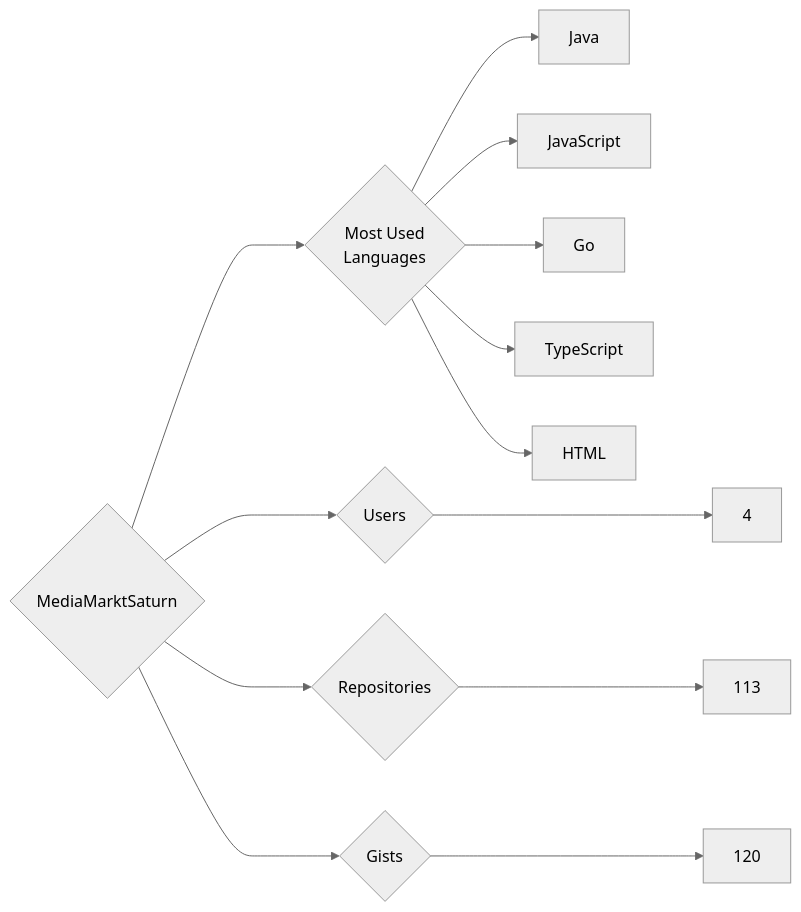
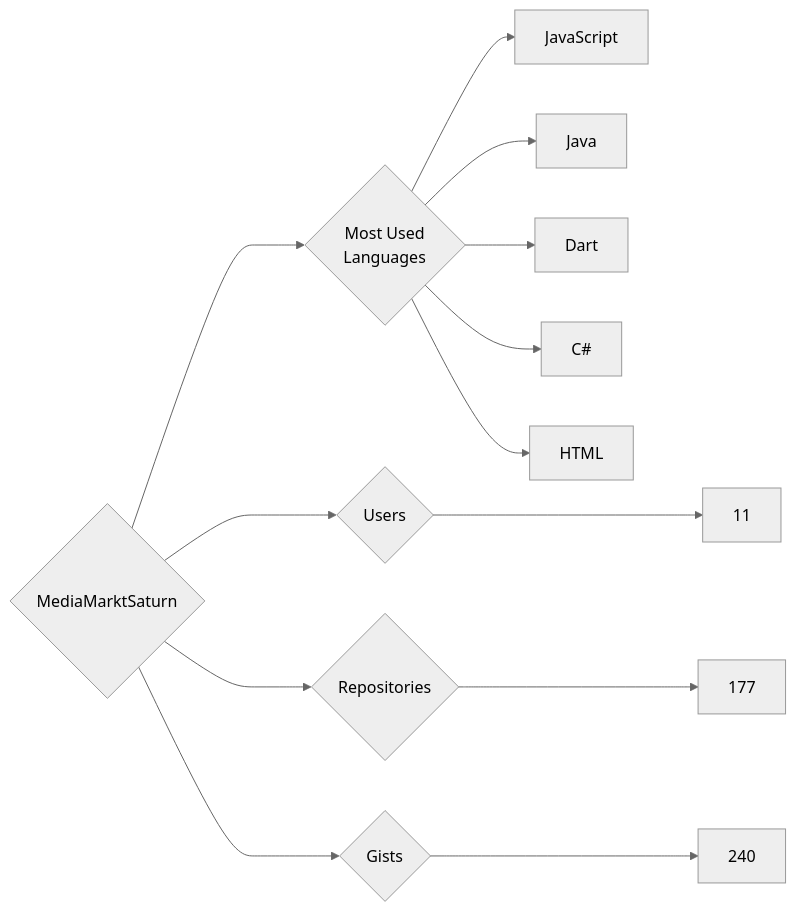
The diagram in targets/MediaMarktSaturn/README.md (trickest/insiders), drawn with Mermaid (neutral theme) before and after one commit. The commit also changed 815 other files, not shown here.

````diff
--- a/targets/MediaMarktSaturn/README.md
+++ b/targets/MediaMarktSaturn/README.md
@@ -3,13 +3,13 @@
 ```mermaid
 graph LR
 COMPANY_NAME{MediaMarktSaturn}
-COMPANY_NAME ---> U{Users} ---> UN[4]
-COMPANY_NAME ---> R{Repositories} ---> RN[113]
-COMPANY_NAME ---> G{Gists} ---> GN[120]
+COMPANY_NAME ---> U{Users} ---> UN[11]
+COMPANY_NAME ---> R{Repositories} ---> RN[177]
+COMPANY_NAME ---> G{Gists} ---> GN[240]
 COMPANY_NAME ---> ML{Most Used<br>Languages}
+ML --> JavaScript[JavaScript]
 ML --> Java[Java]
-ML --> JavaScript[JavaScript]
-ML --> Go[Go]
-ML --> TypeScript[TypeScript]
+ML --> Dart[Dart]
+ML --> C#[C#]
 ML --> HTML[HTML]
 ```
````
